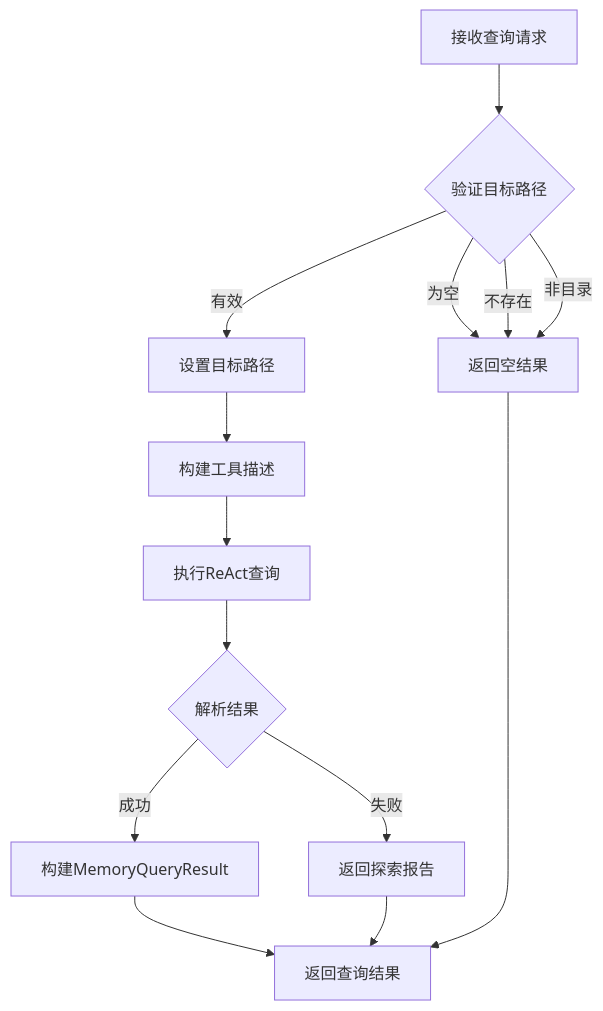
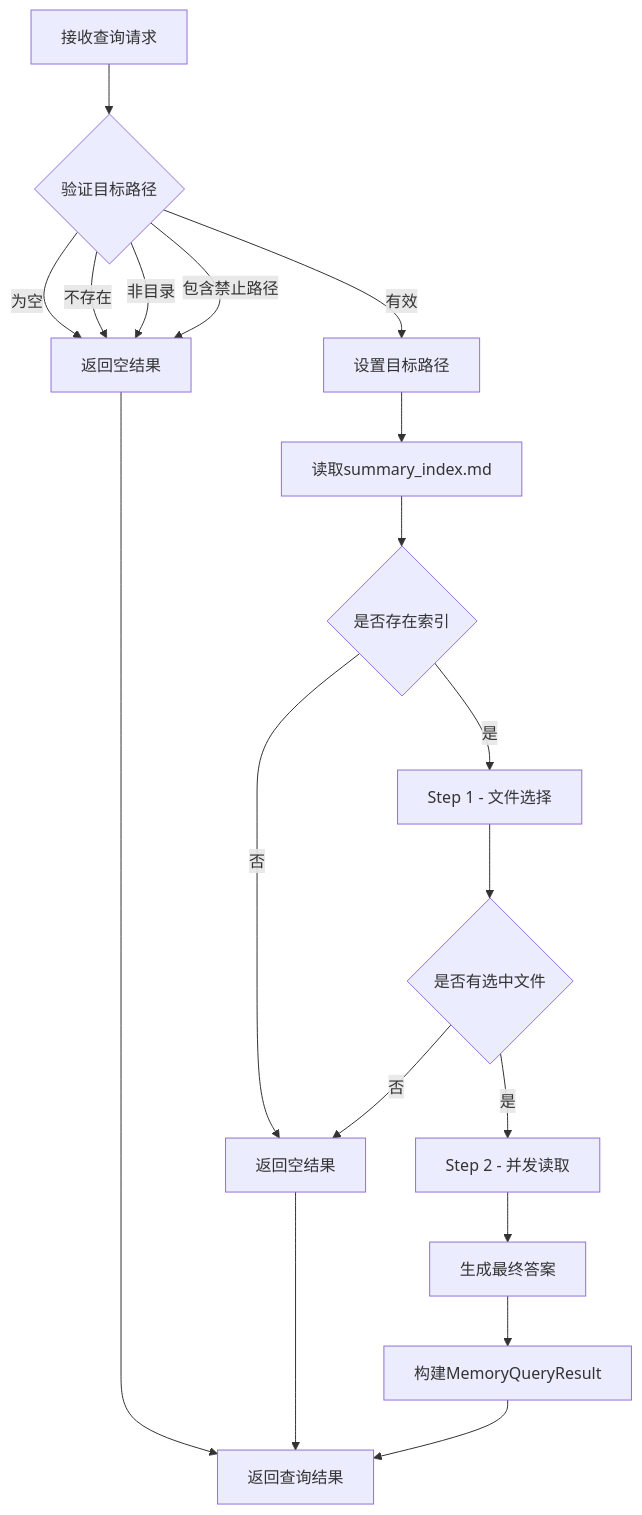
One commit to WangYiKai1017/zizuan changed the sixth of 9 diagrams in .qoder/repowiki/zh/content/记忆管理系统/记忆查询系统.md. Above: the diagram before and after it, drawn with Mermaid. The commit also changed other lines of this file and 7 other files, not shown here.

````diff
--- a/.qoder/repowiki/zh/content/记忆管理系统/记忆查询系统.md
+++ b/.qoder/repowiki/zh/content/记忆管理系统/记忆查询系统.md
@@ -248,16 +255,21 @@
 ```mermaid
 flowchart TD
 A[接收查询请求] --> B{验证目标路径}
 B --> |为空| C[返回空结果]
 B --> |不存在| C
 B --> |非目录| C
+B --> |包含禁止路径| C
 B --> |有效| D[设置目标路径]
-D --> E[构建工具描述]
-E --> F[执行ReAct查询]
-F --> G{解析结果}
-G --> |成功| H[构建MemoryQueryResult]
-G --> |失败| I[返回探索报告]
-H --> J[返回查询结果]
-I --> J
-C --> J
+D --> E[读取summary_index.md]
+E --> F{是否存在索引}
+F --> |否| G[返回空结果]
+F --> |是| H[Step 1 - 文件选择]
+H --> I{是否有选中文件}
+I --> |否| G
+I --> |是| J[Step 2 - 并发读取]
+J --> K[生成最终答案]
+K --> L[构建MemoryQueryResult]
+L --> M[返回查询结果]
+G --> M
+C --> M
 ```
````
